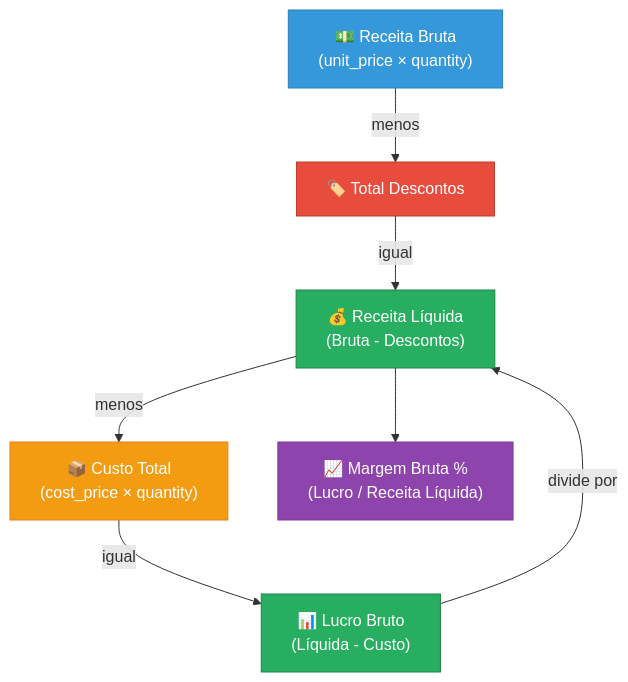
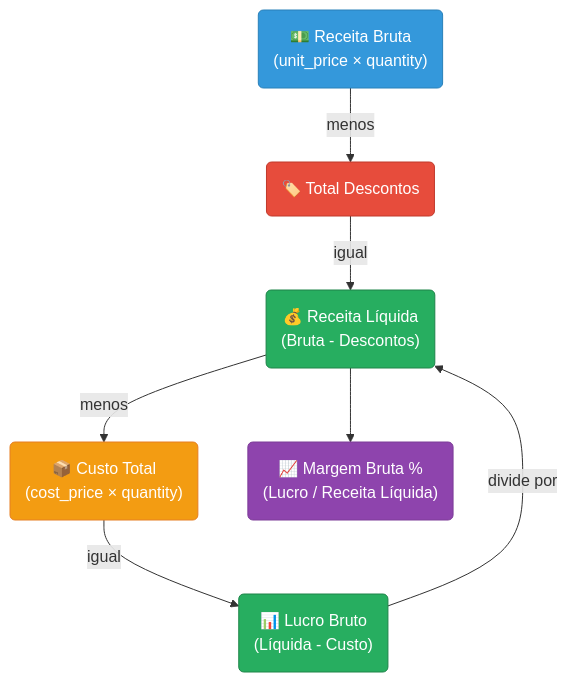
One commit to Igor-Scalzer010/Sales-Analytics changed the tenth of 12 diagrams in docs/analises.md. Above: the diagram before and after it, drawn with Mermaid. The commit also changed other lines of this file, not shown here.

````diff
--- a/docs/analises.md
+++ b/docs/analises.md
@@ -393,23 +314,23 @@
 ```mermaid
 flowchart TD
-    RB["💵 Receita Bruta<br/>(unit_price × quantity)"]
-    DESC["🏷️ Total Descontos"]
-    RL["💰 Receita Líquida<br/>(Bruta - Descontos)"]
-    CT["📦 Custo Total<br/>(cost_price × quantity)"]
-    LB["📊 Lucro Bruto<br/>(Líquida - Custo)"]
-    MB["📈 Margem Bruta %<br/>(Lucro / Receita Líquida)"]
+    RB("💵 Receita Bruta<br/>(unit_price × quantity)")
+    DESC("🏷️ Total Descontos")
+    RL("💰 Receita Líquida<br/>(Bruta - Descontos)")
+    CT("📦 Custo Total<br/>(cost_price × quantity)")
+    LB("📊 Lucro Bruto<br/>(Líquida - Custo)")
+    MB("📈 Margem Bruta %<br/>(Lucro / Receita Líquida)")
 
     RB -->|menos| DESC
     DESC -->|igual| RL
     RL -->|menos| CT
     CT -->|igual| LB
     LB -->|divide por| RL
     RL --> MB
 
     style RB fill:#3498db,stroke:#2980b9,color:#fff
     style DESC fill:#e74c3c,stroke:#c0392b,color:#fff
     style RL fill:#27ae60,stroke:#1e8449,color:#fff
     style CT fill:#f39c12,stroke:#e67e22,color:#fff
     style LB fill:#27ae60,stroke:#1e8449,color:#fff
     style MB fill:#8e44ad,stroke:#7d3c98,color:#fff
 ```
````
